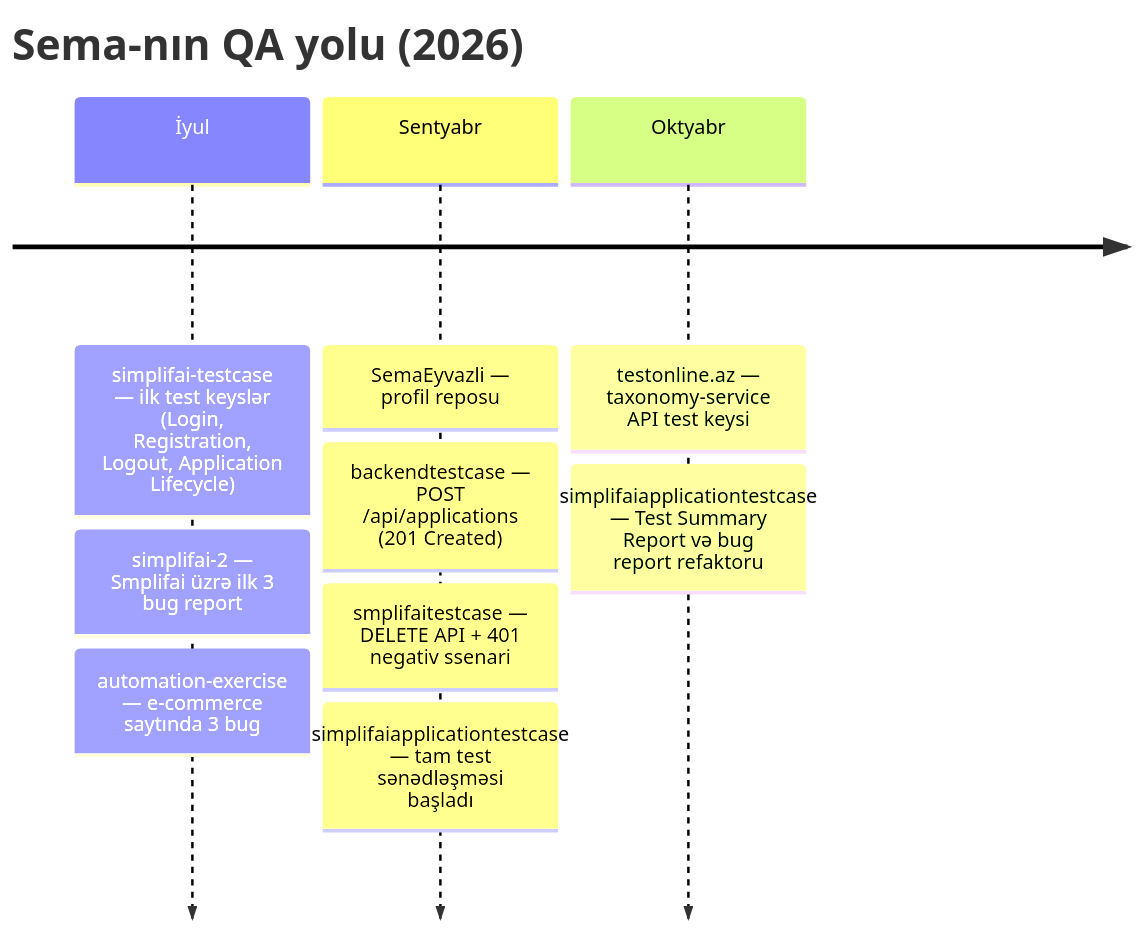
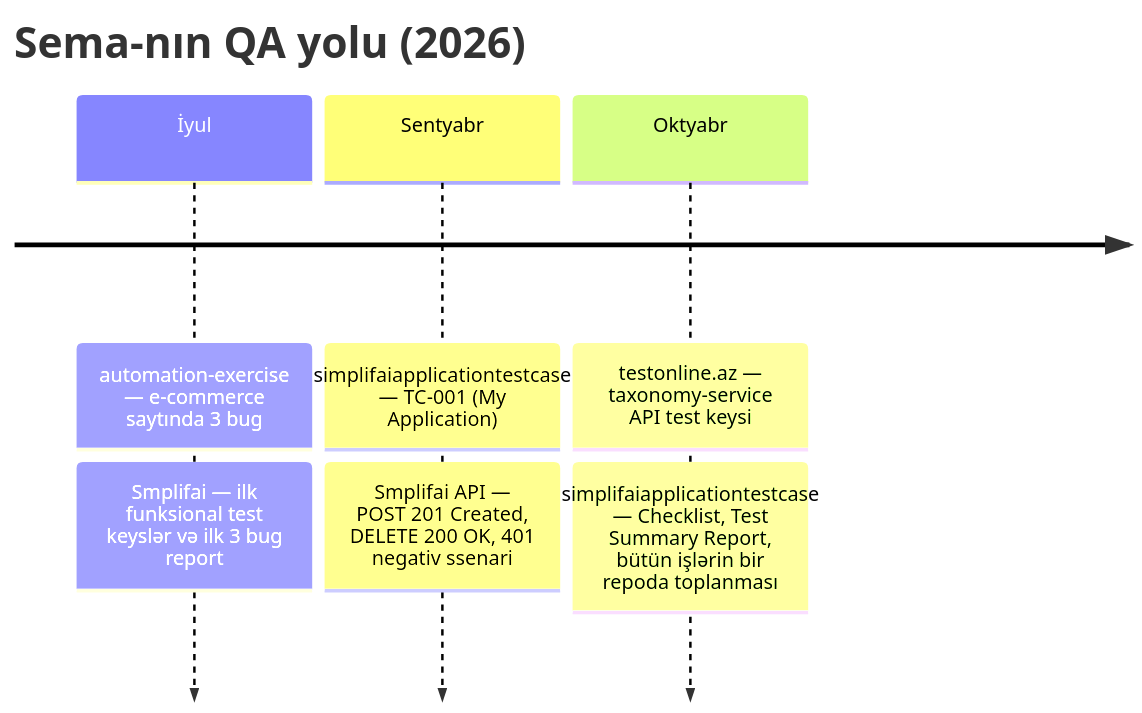
Before and after one commit to SemaEyvazli/SemaEyvazli: the diagram in README.md, drawn with Mermaid. The commit also changed other lines of this file, not shown here.

````diff
--- a/README.md
+++ b/README.md
@@ -44,13 +40,10 @@
 ```mermaid
 timeline
     title Sema-nın QA yolu (2026)
-    İyul : simplifai-testcase — ilk test keyslər (Login, Registration, Logout, Application Lifecycle)
-         : simplifai-2 — Smplifai üzrə ilk 3 bug report
-         : automation-exercise — e-commerce saytında 3 bug
-    Sentyabr : SemaEyvazli — profil reposu
-             : backendtestcase — POST /api/applications (201 Created)
-             : smplifaitestcase — DELETE API + 401 negativ ssenari
-             : simplifaiapplicationtestcase — tam test sənədləşməsi başladı
+    İyul : automation-exercise — e-commerce saytında 3 bug
+         : Smplifai — ilk funksional test keyslər və ilk 3 bug report
+    Sentyabr : simplifaiapplicationtestcase — TC-001 (My Application)
+             : Smplifai API — POST 201 Created, DELETE 200 OK, 401 negativ ssenari
     Oktyabr : testonline.az — taxonomy-service API test keysi
-            : simplifaiapplicationtestcase — Test Summary Report və bug report refaktoru
+            : simplifaiapplicationtestcase — Checklist, Test Summary Report, bütün işlərin bir repoda toplanması
 ```
````
